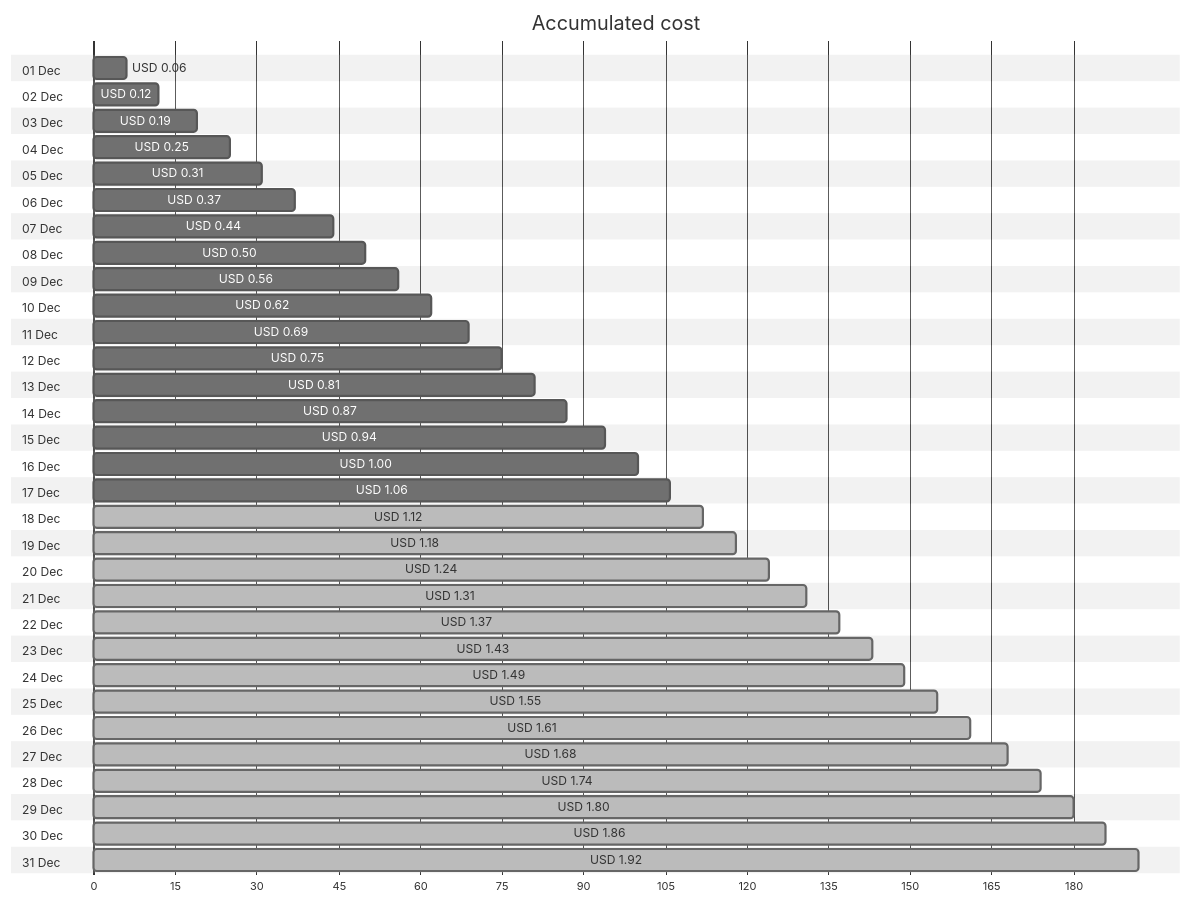
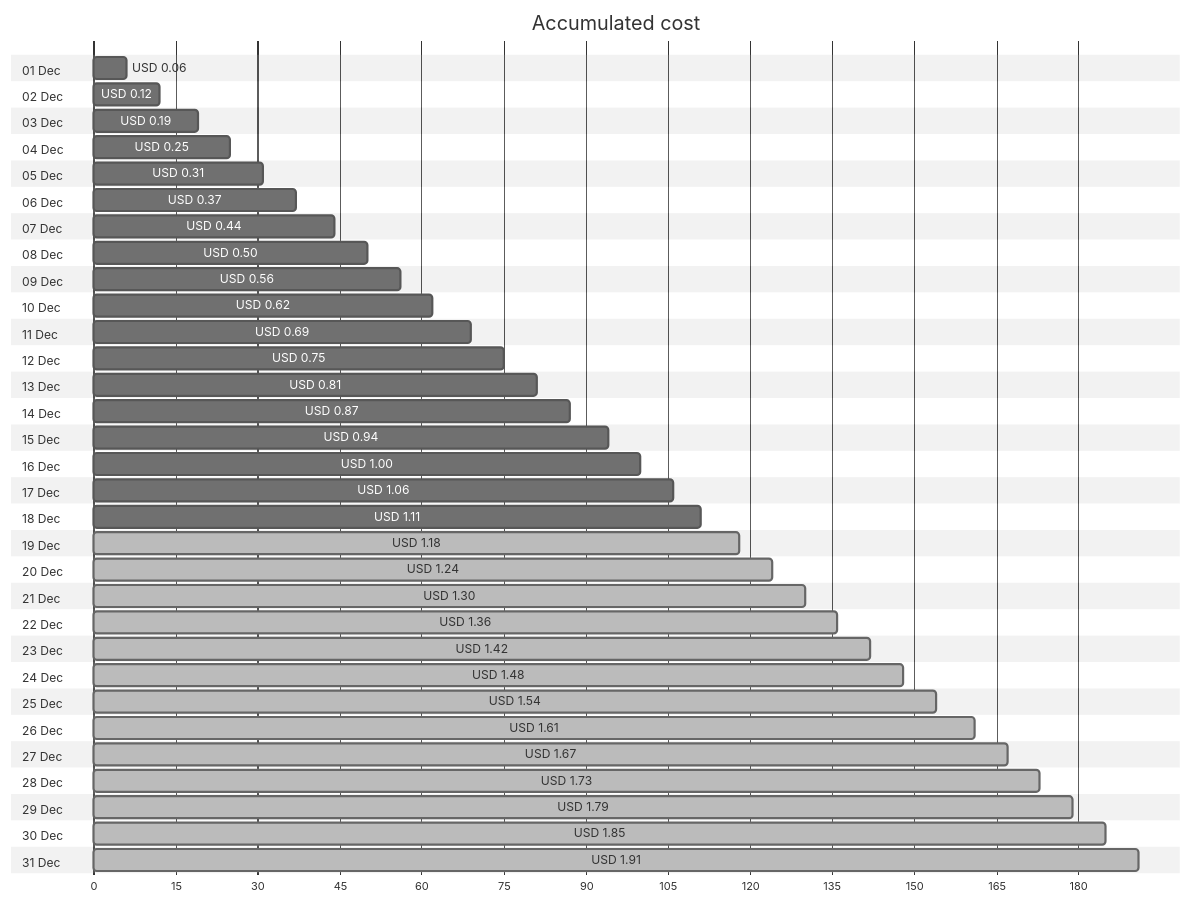
One commit to jpfulton/azure-personal-reports changed the first of 4 diagrams in cost-reports/personal-network/vpn-server_OsDisk.md. Above: the diagram before and after it, drawn with Mermaid (neutral theme). The commit also changed other lines of this file and 8 other files, not shown here.

````diff
--- a/cost-reports/personal-network/vpn-server_OsDisk.md
+++ b/cost-reports/personal-network/vpn-server_OsDisk.md
@@ -20,68 +20,68 @@
 ```mermaid
 gantt
    title Accumulated cost
    dateFormat  X
    axisFormat %s
    section 01 Dec
    USD 0.06 :0, 6
    section 02 Dec
    USD 0.12 :0, 12
    section 03 Dec
    USD 0.19 :0, 19
    section 04 Dec
    USD 0.25 :0, 25
    section 05 Dec
    USD 0.31 :0, 31
    section 06 Dec
    USD 0.37 :0, 37
    section 07 Dec
    USD 0.44 :0, 44
    section 08 Dec
    USD 0.50 :0, 50
    section 09 Dec
    USD 0.56 :0, 56
    section 10 Dec
    USD 0.62 :0, 62
    section 11 Dec
    USD 0.69 :0, 69
    section 12 Dec
    USD 0.75 :0, 75
    section 13 Dec
    USD 0.81 :0, 81
    section 14 Dec
    USD 0.87 :0, 87
    section 15 Dec
    USD 0.94 :0, 94
    section 16 Dec
    USD 1.00 :0, 100
    section 17 Dec
    USD 1.06 :0, 106
    section 18 Dec
-   USD 1.12 : done, 0, 112
+   USD 1.11 :0, 111
    section 19 Dec
    USD 1.18 : done, 0, 118
    section 20 Dec
    USD 1.24 : done, 0, 124
    section 21 Dec
-   USD 1.31 : done, 0, 131
+   USD 1.30 : done, 0, 130
    section 22 Dec
-   USD 1.37 : done, 0, 137
+   USD 1.36 : done, 0, 136
    section 23 Dec
-   USD 1.43 : done, 0, 143
+   USD 1.42 : done, 0, 142
    section 24 Dec
-   USD 1.49 : done, 0, 149
+   USD 1.48 : done, 0, 148
    section 25 Dec
-   USD 1.55 : done, 0, 155
+   USD 1.54 : done, 0, 154
    section 26 Dec
    USD 1.61 : done, 0, 161
    section 27 Dec
-   USD 1.68 : done, 0, 168
+   USD 1.67 : done, 0, 167
    section 28 Dec
-   USD 1.74 : done, 0, 174
+   USD 1.73 : done, 0, 173
    section 29 Dec
-   USD 1.80 : done, 0, 180
+   USD 1.79 : done, 0, 179
    section 30 Dec
-   USD 1.86 : done, 0, 186
+   USD 1.85 : done, 0, 185
    section 31 Dec
-   USD 1.92 : done, 0, 192
+   USD 1.91 : done, 0, 191
 ```
````
